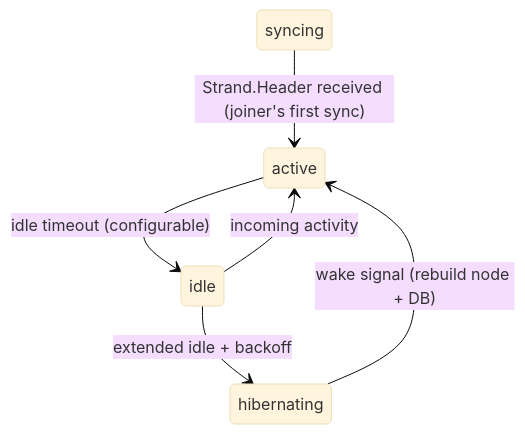
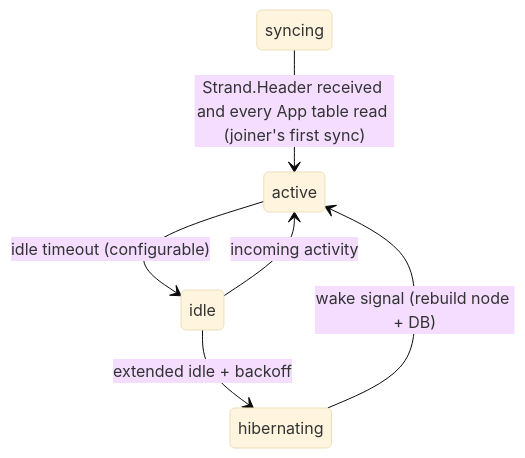
One commit to gotchoices/sereus changed the ninth of 12 diagrams in docs/architecture.md. Above: the diagram before and after it, drawn with Mermaid (base theme). The commit also changed other lines of this file and 22 other files, not shown here.

Commit message:
ticket(review): joining-machine-writes-before-first-sync-fork-tables

````diff
--- a/docs/architecture.md
+++ b/docs/architecture.md
@@ -736,8 +736,8 @@
 ```mermaid
 stateDiagram-v2
-    syncing --> active : Strand.Header received (joiner's first sync)
+    syncing --> active : Strand.Header received and every App table read (joiner's first sync)
     active --> idle : idle timeout (configurable)
     idle --> active : incoming activity
     idle --> hibernating : extended idle + backoff
     hibernating --> active : wake signal (rebuild node + DB)
 ```
````
